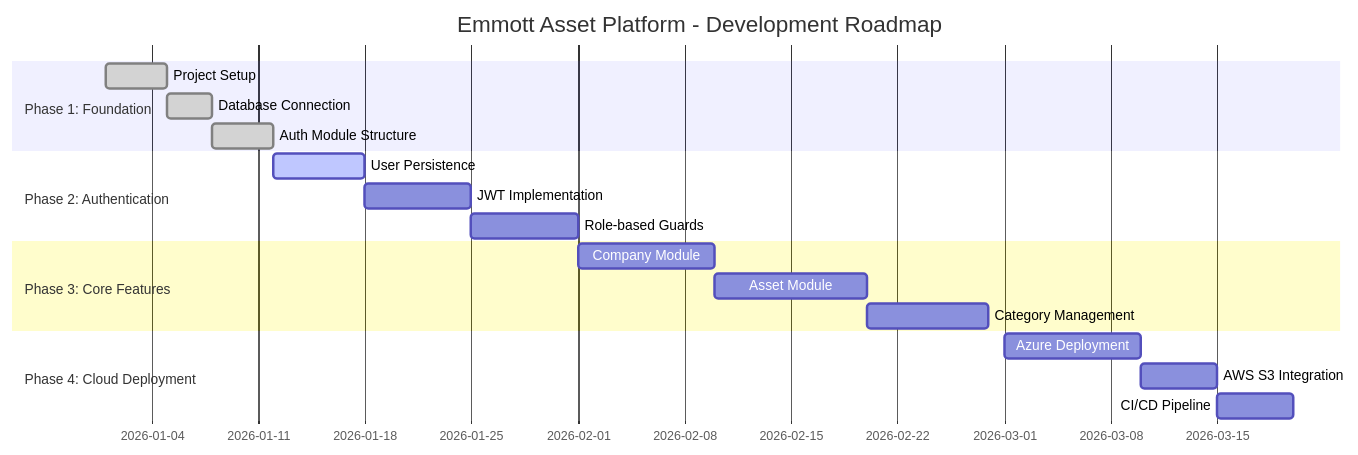
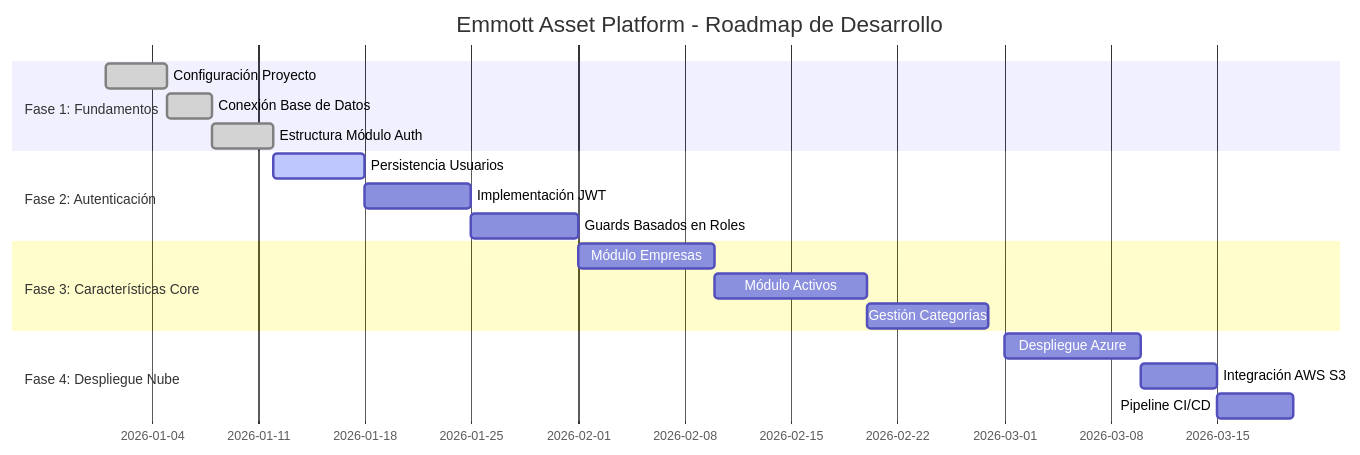
The fourth of 4 diagrams in README.md (marceloemmott-dev/emmott-asset-platform-backend), drawn with Mermaid before and after one commit. The commit also changed other lines of this file and 1 other file, not shown here.

````diff
--- a/README.md
+++ b/README.md
@@ -464,24 +458,24 @@
 ```mermaid
 gantt
-    title Emmott Asset Platform - Development Roadmap
+    title Emmott Asset Platform - Roadmap de Desarrollo
     dateFormat YYYY-MM-DD
-    section Phase 1: Foundation
-    Project Setup           :done, p1, 2026-01-01, 2026-01-05
-    Database Connection     :done, p2, 2026-01-05, 2026-01-08
-    Auth Module Structure   :done, p3, 2026-01-08, 2026-01-12
+    section Fase 1: Fundamentos
+    Configuración Proyecto  :done, p1, 2026-01-01, 2026-01-05
+    Conexión Base de Datos  :done, p2, 2026-01-05, 2026-01-08
+    Estructura Módulo Auth  :done, p3, 2026-01-08, 2026-01-12
     
-    section Phase 2: Authentication
-    User Persistence        :active, p4, 2026-01-12, 2026-01-18
-    JWT Implementation      :p5, 2026-01-18, 2026-01-25
-    Role-based Guards       :p6, 2026-01-25, 2026-02-01
+    section Fase 2: Autenticación
+    Persistencia Usuarios   :active, p4, 2026-01-12, 2026-01-18
+    Implementación JWT      :p5, 2026-01-18, 2026-01-25
+    Guards Basados en Roles :p6, 2026-01-25, 2026-02-01
     
-    section Phase 3: Core Features
-    Company Module          :p7, 2026-02-01, 2026-02-10
-    Asset Module            :p8, 2026-02-10, 2026-02-20
-    Category Management     :p9, 2026-02-20, 2026-02-28
+    section Fase 3: Características Core
+    Módulo Empresas         :p7, 2026-02-01, 2026-02-10
+    Módulo Activos          :p8, 2026-02-10, 2026-02-20
+    Gestión Categorías      :p9, 2026-02-20, 2026-02-28
     
-    section Phase 4: Cloud Deployment
-    Azure Deployment        :p10, 2026-03-01, 2026-03-10
-    AWS S3 Integration      :p11, 2026-03-10, 2026-03-15
-    CI/CD Pipeline          :p12, 2026-03-15, 2026-03-20
+    section Fase 4: Despliegue Nube
+    Despliegue Azure        :p10, 2026-03-01, 2026-03-10
+    Integración AWS S3      :p11, 2026-03-10, 2026-03-15
+    Pipeline CI/CD          :p12, 2026-03-15, 2026-03-20
 ```
````
